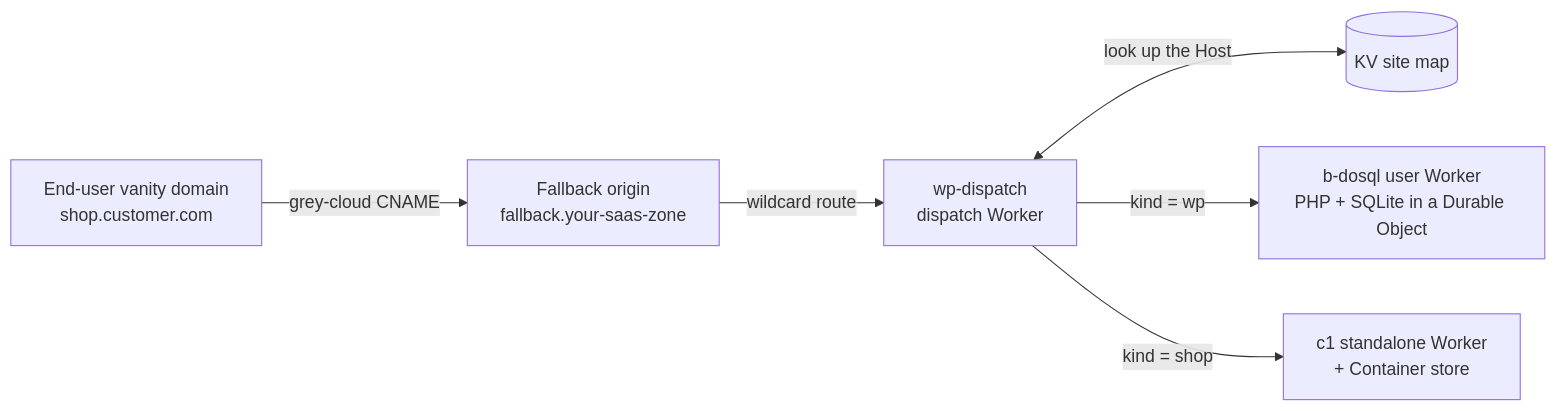
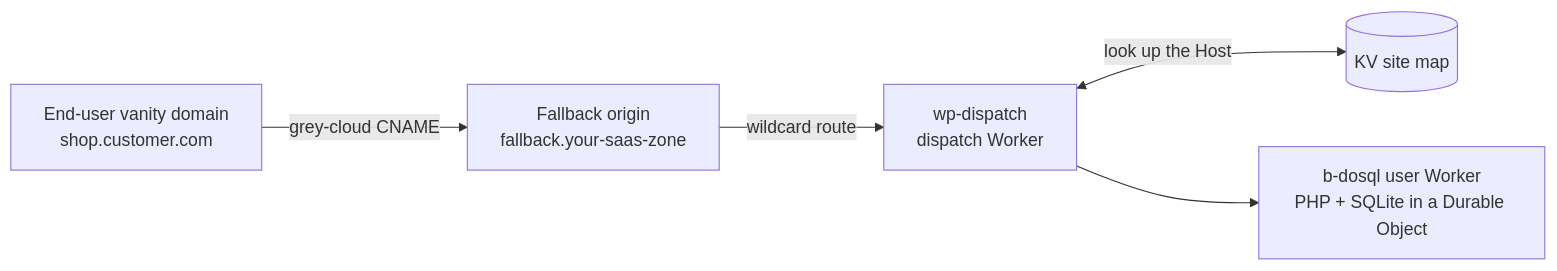
Before and after one commit to skyphusion-labs/pagefeather: the first of 2 diagrams in docs/framework.md, drawn with Mermaid. The commit also changed other lines of this file and 7 other files, not shown here.

````diff
--- a/docs/framework.md
+++ b/docs/framework.md
@@ -22,9 +24,8 @@
 ```mermaid
 flowchart LR
   EU["End-user vanity domain<br/>shop.customer.com"]
   EU -->|"grey-cloud CNAME"| FB["Fallback origin<br/>fallback.your-saas-zone"]
   FB -->|"wildcard route"| DISP["wp-dispatch<br/>dispatch Worker"]
   DISP <-->|"look up the Host"| KV[("KV site map")]
-  DISP -->|"kind = wp"| WP["b-dosql user Worker<br/>PHP + SQLite in a Durable Object"]
-  DISP -->|"kind = shop"| SHOP["c1 standalone Worker<br/>+ Container store"]
+  DISP --> WP["b-dosql user Worker<br/>PHP + SQLite in a Durable Object"]
 ```
````
